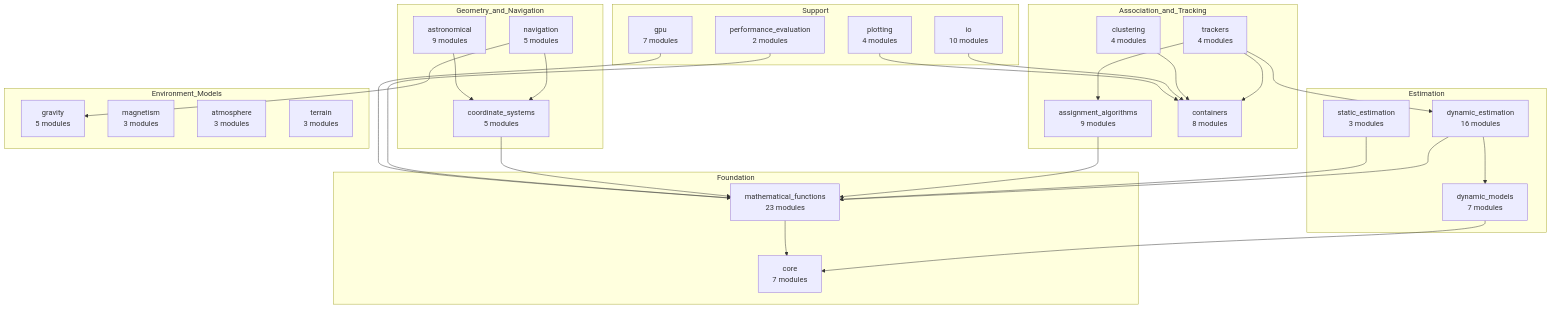
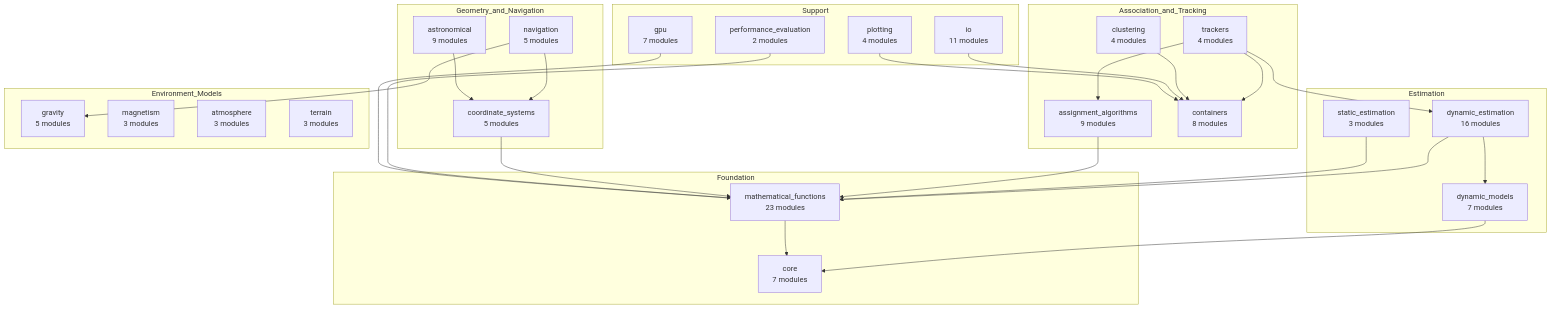
One commit to nedonatelli/TCL changed the first of 4 diagrams in docs/architecture.rst. Above: the diagram before and after it, drawn with Mermaid. The commit also changed 11 other files, not shown here.

```diff
--- a/docs/architecture.rst
+++ b/docs/architecture.rst
@@ -26,59 +26,59 @@
 .. mermaid::
 
    graph TD
        subgraph Estimation
            DE["dynamic_estimation<br/>16 modules"]
            DM["dynamic_models<br/>7 modules"]
            SE["static_estimation<br/>3 modules"]
        end
 
        subgraph Association_and_Tracking
            AA["assignment_algorithms<br/>9 modules"]
            TR["trackers<br/>4 modules"]
            CL["clustering<br/>4 modules"]
            CO["containers<br/>8 modules"]
        end
 
        subgraph Geometry_and_Navigation
            CS["coordinate_systems<br/>5 modules"]
            NA["navigation<br/>5 modules"]
            AS["astronomical<br/>9 modules"]
        end
 
        subgraph Environment_Models
            GR["gravity<br/>5 modules"]
            MA["magnetism<br/>3 modules"]
            AT["atmosphere<br/>3 modules"]
            TE["terrain<br/>3 modules"]
        end
 
        subgraph Foundation
            MF["mathematical_functions<br/>23 modules"]
            CR["core<br/>7 modules"]
        end
 
        subgraph Support
-           IO["io<br/>10 modules"]
+           IO["io<br/>11 modules"]
            GP["gpu<br/>7 modules"]
            PL["plotting<br/>4 modules"]
            PE["performance_evaluation<br/>2 modules"]
        end
 
        TR --> DE
        TR --> AA
        TR --> CO
        DE --> DM
        DE --> MF
        AA --> MF
        CL --> CO
        NA --> CS
        NA --> GR
        AS --> CS
        SE --> MF
        CS --> MF
        PE --> MF
        IO --> CO
        GP --> MF
        PL --> CO
        DM --> CR
        MF --> CR
```
